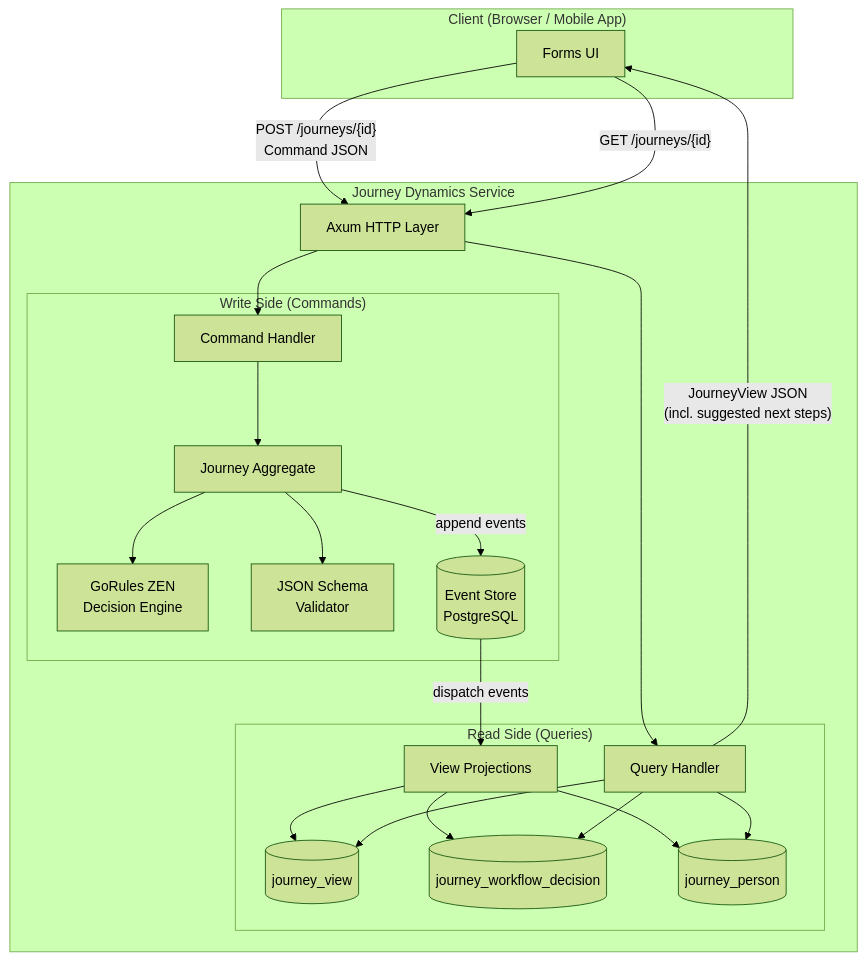
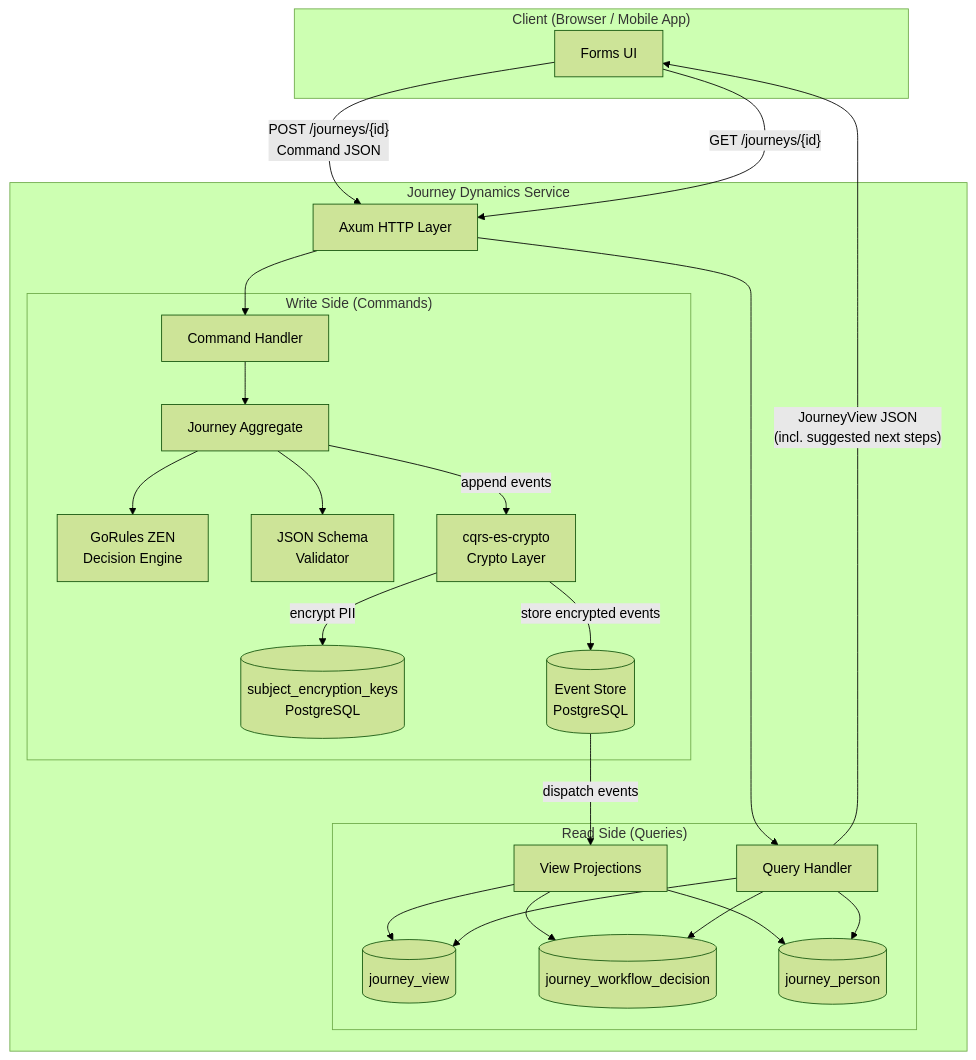
One commit to redbadger/journey_dynamics changed the first of 11 diagrams in docs/ARCHITECTURE_REVIEW.md. Above: the diagram before and after it, drawn with Mermaid (forest theme). The commit also changed other lines of this file and 3 other files, not shown here.

Commit message:
feat(cqrs-es-crypto): readme, docs, and clippy

````diff
--- a/docs/ARCHITECTURE_REVIEW.md
+++ b/docs/ARCHITECTURE_REVIEW.md
@@ -65,48 +65,52 @@
 ```mermaid
 graph TB
     subgraph Client["Client (Browser / Mobile App)"]
         UI[Forms UI]
     end
 
     subgraph API["Journey Dynamics Service"]
         AX[Axum HTTP Layer]
 
         subgraph Write["Write Side (Commands)"]
-            CH[Command Handler]
-            AGG["Journey Aggregate"]
-            DE["GoRules ZEN<br/>Decision Engine"]
-            SV["JSON Schema<br/>Validator"]
-            ES[(Event Store<br/>PostgreSQL)]
-        end
+                CH[Command Handler]
+                AGG["Journey Aggregate"]
+                DE["GoRules ZEN<br/>Decision Engine"]
+                SV["JSON Schema<br/>Validator"]
+                CR["cqrs-es-crypto<br/>Crypto Layer"]
+                KS[(subject_encryption_keys<br/>PostgreSQL)]
+                ES[(Event Store<br/>PostgreSQL)]
+            end
 
         subgraph Read["Read Side (Queries)"]
             QH[Query Handler]
             VP[View Projections]
             JV[(journey_view)]
             WD[(journey_workflow_decision)]
             JP[(journey_person)]
         end
     end
 
     UI -- "POST /journeys/{id}<br/>Command JSON" --> AX
     UI -- "GET /journeys/{id}" --> AX
 
     AX --> CH
     AX --> QH
 
     CH --> AGG
     AGG --> SV
     AGG --> DE
-    AGG -- "append events" --> ES
+    AGG -- "append events" --> CR
+    CR -- "encrypt PII" --> KS
+    CR -- "store encrypted events" --> ES
     ES -- "dispatch events" --> VP
 
     VP --> JV
     VP --> WD
     VP --> JP
 
     QH --> JV
     QH --> WD
     QH --> JP
 
     QH -- "JourneyView JSON<br/>(incl. suggested next steps)" --> UI
 ```
````
